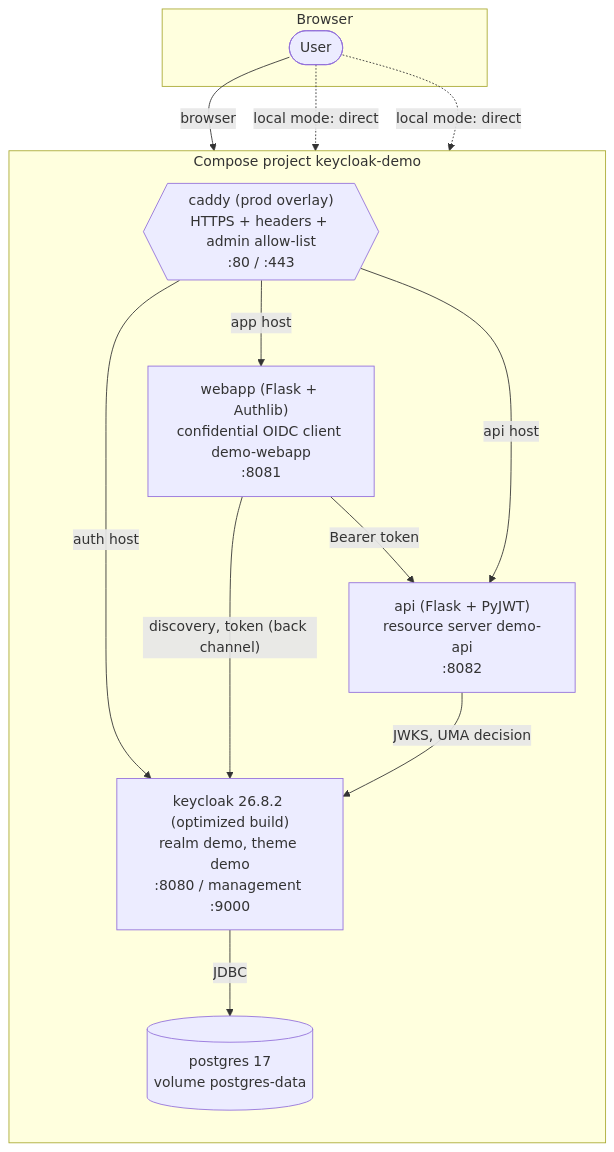
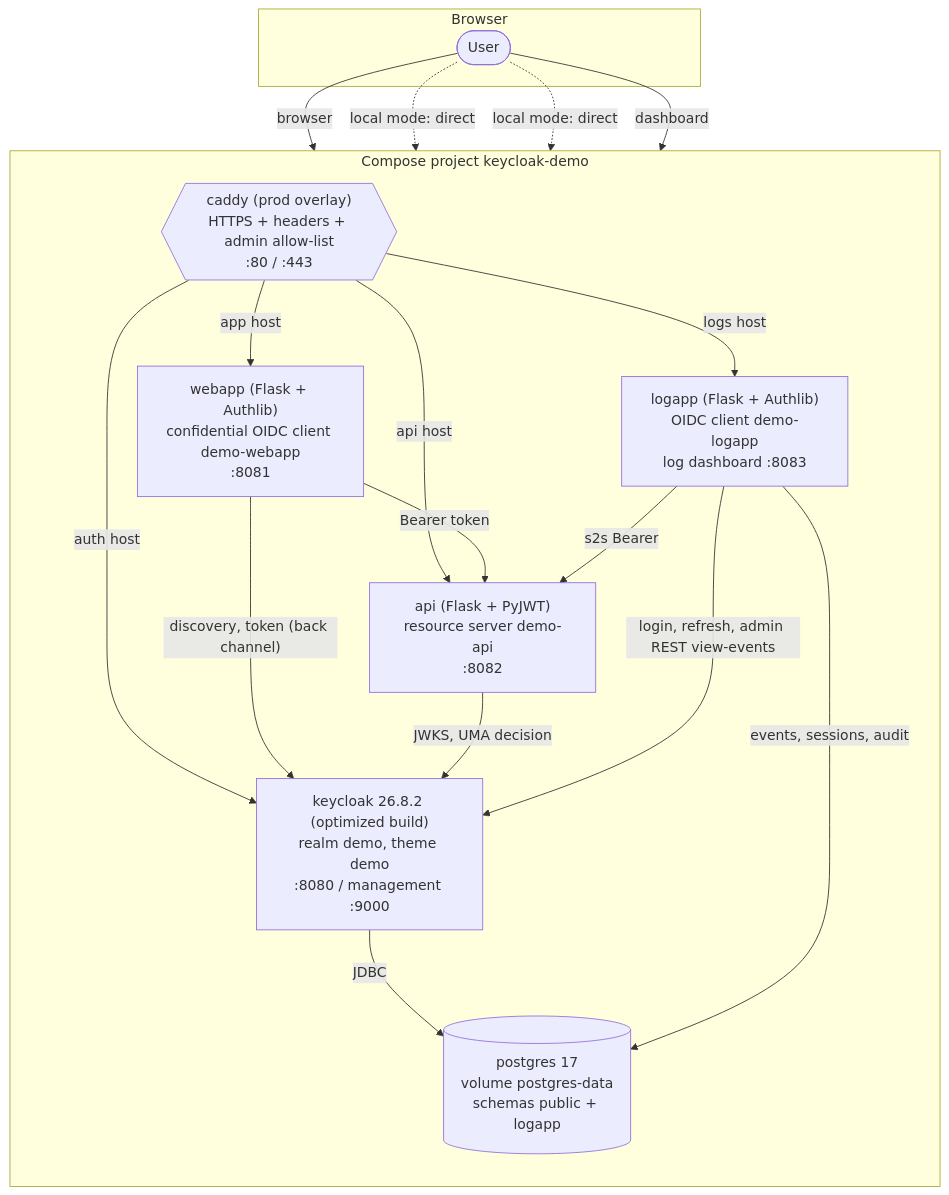
One commit to aairom/keycloak-implementation changed the first of 6 diagrams in Docs/Architecture.md. Above: the diagram before and after it, drawn with Mermaid. The commit also changed other lines of this file and 8 other files, not shown here.

````diff
--- a/Docs/Architecture.md
+++ b/Docs/Architecture.md
@@ -5,24 +5,30 @@
 ```mermaid
 flowchart TB
     subgraph Client["Browser"]
         B([User])
     end
     subgraph Stack["Compose project keycloak-demo"]
         direction TB
         W["webapp (Flask + Authlib)<br/>confidential OIDC client demo-webapp<br/>:8081"]
         A["api (Flask + PyJWT)<br/>resource server demo-api<br/>:8082"]
         K["keycloak 26.8.2 (optimized build)<br/>realm demo, theme demo<br/>:8080 / management :9000"]
-        P[("postgres 17<br/>volume postgres-data")]
+        L["logapp (Flask + Authlib)<br/>OIDC client demo-logapp<br/>log dashboard :8083"]
+        P[("postgres 17<br/>volume postgres-data<br/>schemas public + logapp")]
         C{{"caddy (prod overlay)<br/>HTTPS + headers + admin allow-list<br/>:80 / :443"}}
     end
     B -->|browser| C
     C -->|"auth host"| K
     C -->|"app host"| W
     C -->|"api host"| A
     B -.->|"local mode: direct"| K
     B -.->|"local mode: direct"| W
     W -->|"discovery, token (back channel)"| K
     W -->|"Bearer token"| A
     A -->|"JWKS, UMA decision"| K
     K -->|JDBC| P
+    B -->|"dashboard"| L
+    L -->|"login, refresh, admin REST view-events"| K
+    L -->|"s2s Bearer"| A
+    L -->|"events, sessions, audit"| P
+    C -->|"logs host"| L
 ```
````
